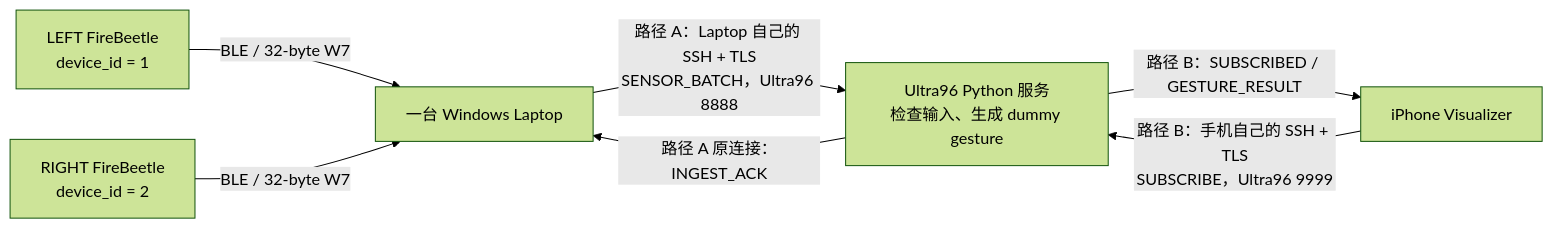
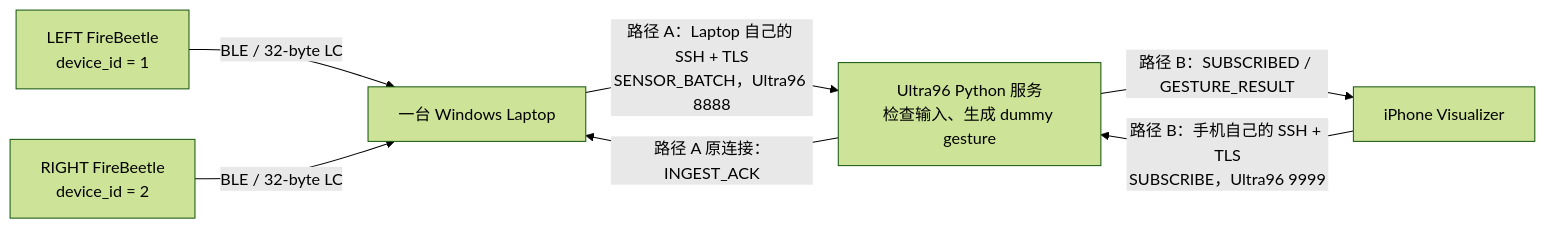
One commit to olsonwangyj/Let-Them-Cook changed the first of 4 diagrams in docs/B07-CO-protocol-explained.zh-CN.md. Above: the diagram before and after it, drawn with Mermaid (forest theme). The commit also changed other lines of this file and 3 other files, not shown here.

````diff
--- a/docs/B07-CO-protocol-explained.zh-CN.md
+++ b/docs/B07-CO-protocol-explained.zh-CN.md
@@ -23,9 +23,9 @@
 ```mermaid
 flowchart LR
-    E1["LEFT FireBeetle<br/>device_id = 1"] -->|"BLE / 32-byte W7"| L["一台 Windows Laptop"]
-    E2["RIGHT FireBeetle<br/>device_id = 2"] -->|"BLE / 32-byte W7"| L
+    E1["LEFT FireBeetle<br/>device_id = 1"] -->|"BLE / 32-byte LC"| L["一台 Windows Laptop"]
+    E2["RIGHT FireBeetle<br/>device_id = 2"] -->|"BLE / 32-byte LC"| L
     L -->|"路径 A：Laptop 自己的 SSH + TLS<br/>SENSOR_BATCH，Ultra96 8888"| U["Ultra96 Python 服务<br/>检查输入、生成 dummy gesture"]
     U -->|"路径 A 原连接：INGEST_ACK"| L
     P["iPhone Visualizer"] -->|"路径 B：手机自己的 SSH + TLS<br/>SUBSCRIBE，Ultra96 9999"| U
     U -->|"路径 B：SUBSCRIBED / GESTURE_RESULT"| P
 ```
````
